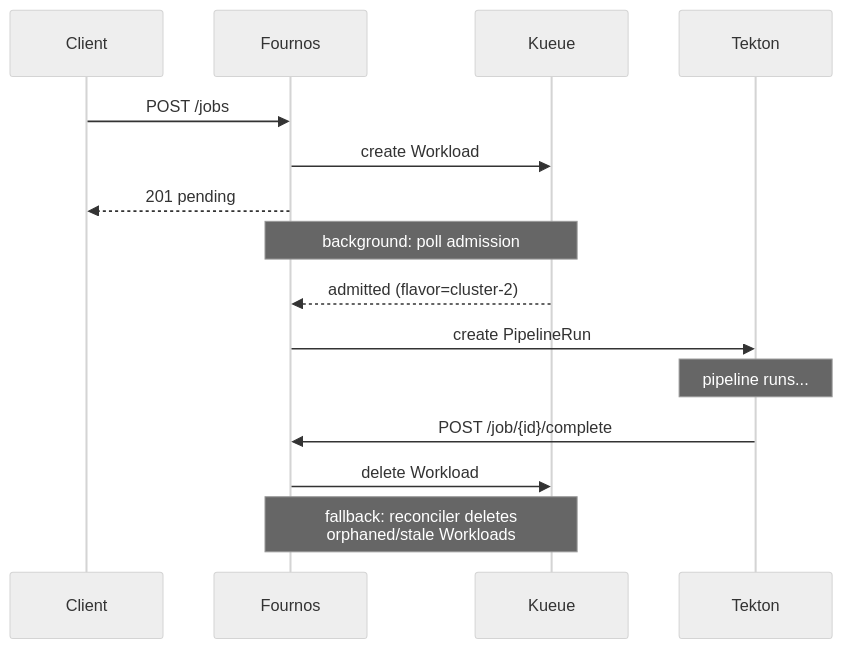
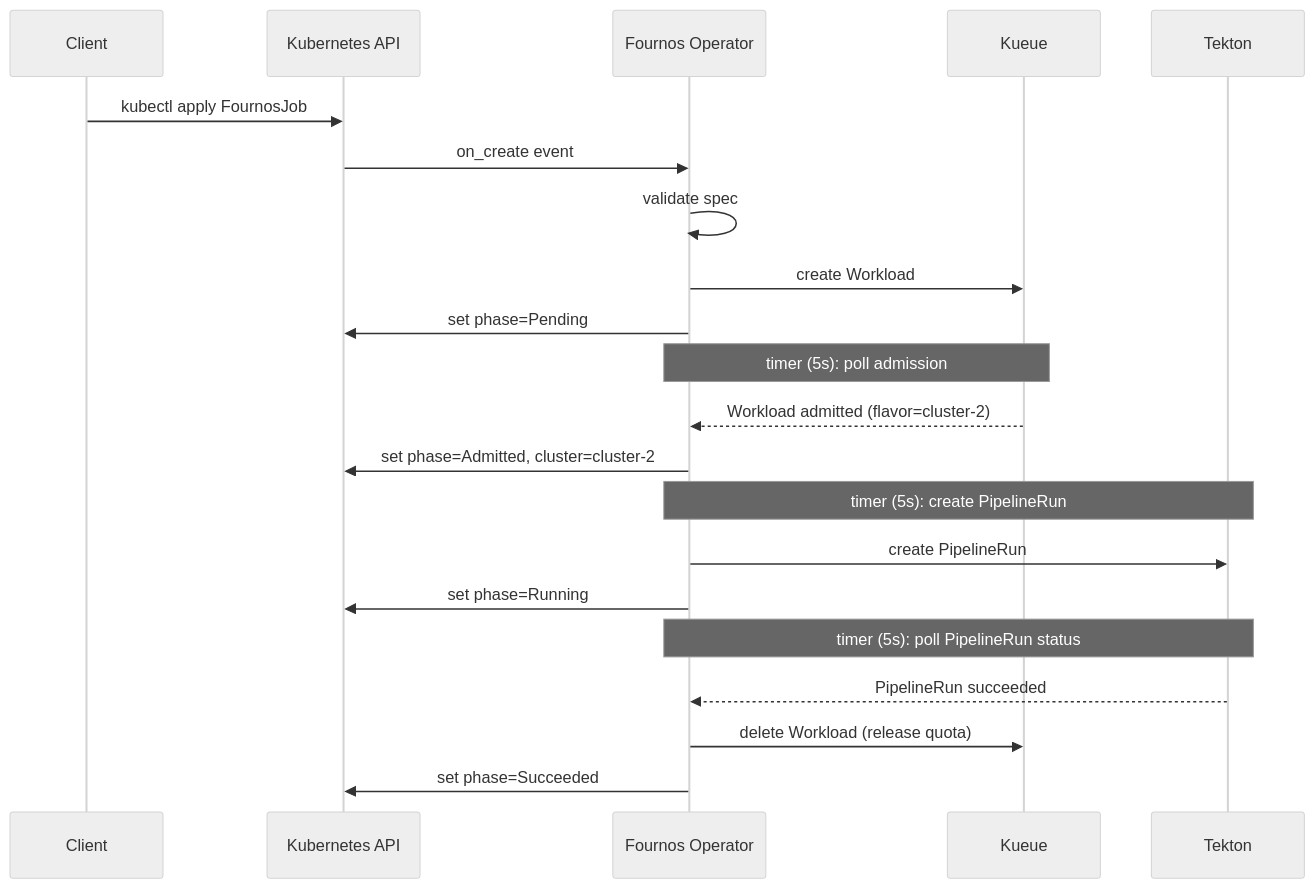
Before and after one commit to openshift-psap/fournos: the second of 2 diagrams in .cursor/plans/fournos_design_document_87fc6306.plan.md, drawn with Mermaid (neutral theme). The commit also changed other lines of this file and 36 other files, not shown here.

Commit message:
Turn Fournos into an k8s operator

````diff
--- a/.cursor/plans/fournos_design_document_87fc6306.plan.md
+++ b/.cursor/plans/fournos_design_document_87fc6306.plan.md
@@ -157,21 +164,27 @@
 ```mermaid
 sequenceDiagram
     participant Client
-    participant Fournos
+    participant K8sAPI as Kubernetes API
+    participant Operator as Fournos Operator
     participant Kueue
     participant Tekton
 
-    Client->>Fournos: POST /jobs
-    Fournos->>Kueue: create Workload
-    Fournos-->>Client: 201 pending
+    Client->>K8sAPI: kubectl apply FournosJob
+    K8sAPI->>Operator: on_create event
+    Operator->>Operator: validate spec
+    Operator->>Kueue: create Workload
+    Operator->>K8sAPI: set phase=Pending
 
-    Note over Fournos,Kueue: background: poll admission
-    Kueue-->>Fournos: admitted (flavor=cluster-2)
-    Fournos->>Tekton: create PipelineRun
+    Note over Operator,Kueue: timer (5s): poll admission
+    Kueue-->>Operator: Workload admitted (flavor=cluster-2)
+    Operator->>K8sAPI: set phase=Admitted, cluster=cluster-2
 
-    Note over Tekton: pipeline runs...
-    Tekton->>Fournos: POST /job/{id}/complete
-    Fournos->>Kueue: delete Workload
+    Note over Operator,Tekton: timer (5s): create PipelineRun
+    Operator->>Tekton: create PipelineRun
+    Operator->>K8sAPI: set phase=Running
 
-    Note over Fournos,Kueue: fallback: reconciler deletes<br/>orphaned/stale Workloads
+    Note over Operator,Tekton: timer (5s): poll PipelineRun status
+    Tekton-->>Operator: PipelineRun succeeded
+    Operator->>Kueue: delete Workload (release quota)
+    Operator->>K8sAPI: set phase=Succeeded
 ```
````
